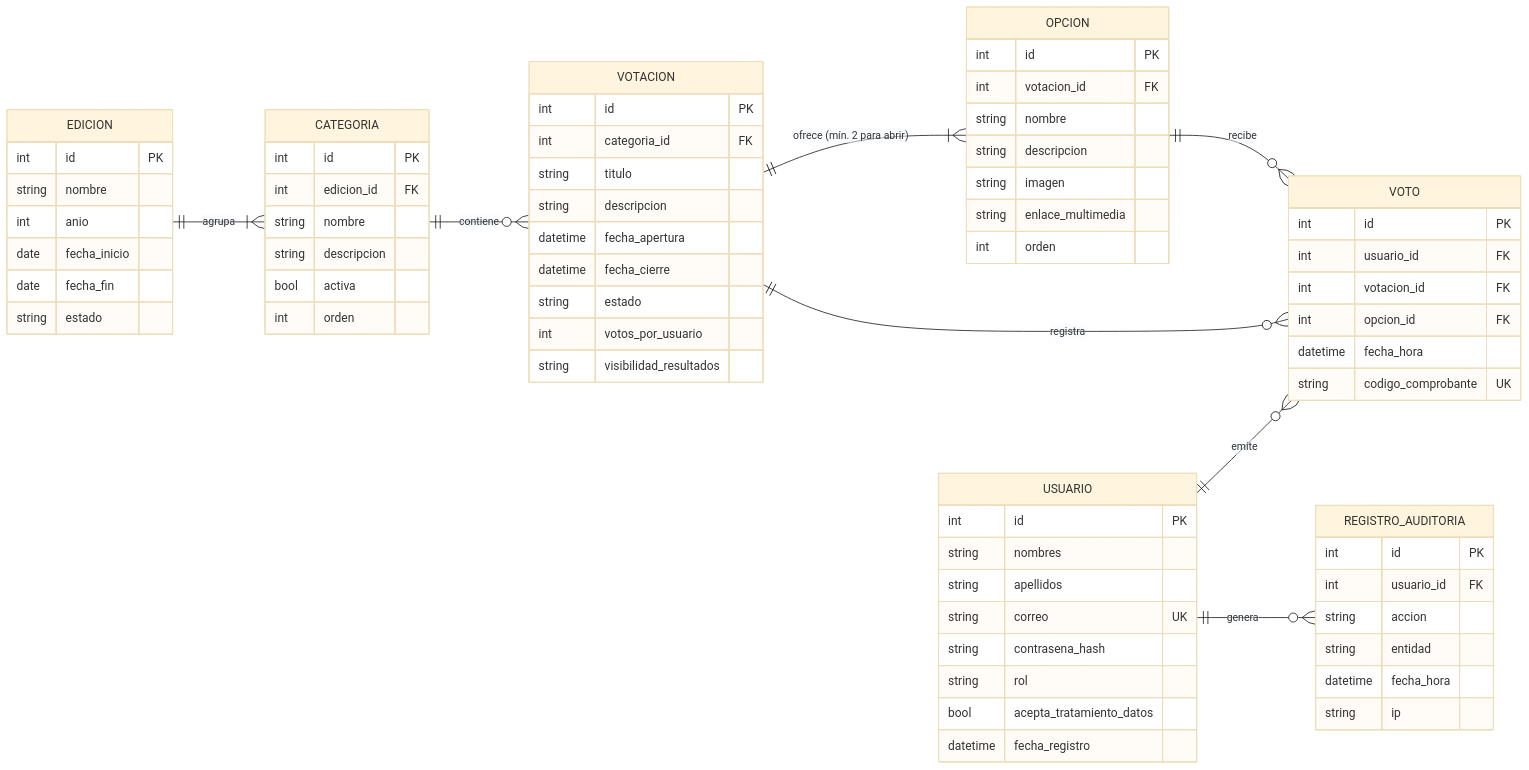
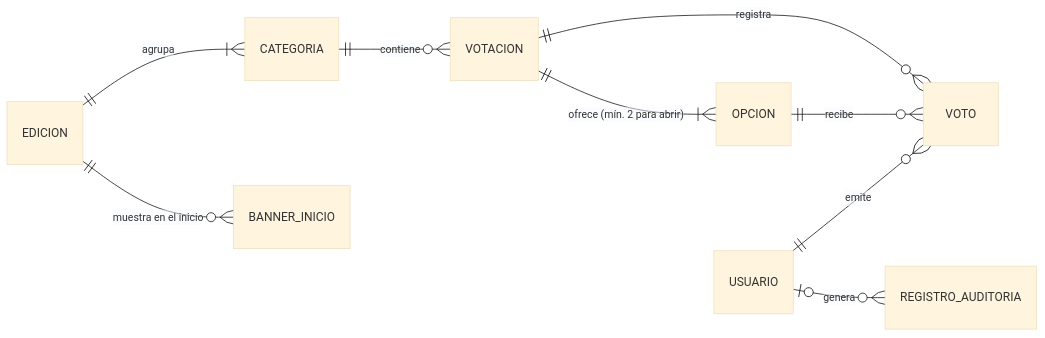
One commit to juandiegows/votaciones-festival-vallenato changed the diagram in docs/diagramas/datos/modelo-conceptual.mmd. Above: the diagram before and after it, drawn with Mermaid (base theme). The commit also changed 1 other file, not shown here.

```diff
--- a/docs/diagramas/datos/modelo-conceptual.mmd
+++ b/docs/diagramas/datos/modelo-conceptual.mmd
@@ -1,71 +1,10 @@
 erDiagram
     direction LR
     EDICION ||--|{ CATEGORIA : "agrupa"
+    EDICION ||--o{ BANNER_INICIO : "muestra en el inicio"
     CATEGORIA ||--o{ VOTACION : "contiene"
     VOTACION ||--|{ OPCION : "ofrece (mín. 2 para abrir)"
+    VOTACION ||--o{ VOTO : "registra"
     OPCION ||--o{ VOTO : "recibe"
-    VOTACION ||--o{ VOTO : "registra"
     USUARIO ||--o{ VOTO : "emite"
-    USUARIO ||--o{ REGISTRO_AUDITORIA : "genera"
-    EDICION {
-        int id PK
-        string nombre
-        int anio
-        date fecha_inicio
-        date fecha_fin
-        string estado
-    }
-    CATEGORIA {
-        int id PK
-        int edicion_id FK
-        string nombre
-        string descripcion
-        bool activa
-        int orden
-    }
-    VOTACION {
-        int id PK
-        int categoria_id FK
-        string titulo
-        string descripcion
-        datetime fecha_apertura
-        datetime fecha_cierre
-        string estado
-        int votos_por_usuario
-        string visibilidad_resultados
-    }
-    OPCION {
-        int id PK
-        int votacion_id FK
-        string nombre
-        string descripcion
-        string imagen
-        string enlace_multimedia
-        int orden
-    }
-    USUARIO {
-        int id PK
-        string nombres
-        string apellidos
-        string correo UK
-        string contrasena_hash
-        string rol
-        bool acepta_tratamiento_datos
-        datetime fecha_registro
-    }
-    VOTO {
-        int id PK
-        int usuario_id FK
-        int votacion_id FK
-        int opcion_id FK
-        datetime fecha_hora
-        string codigo_comprobante UK
-    }
-    REGISTRO_AUDITORIA {
-        int id PK
-        int usuario_id FK
-        string accion
-        string entidad
-        datetime fecha_hora
-        string ip
-    }
+    USUARIO |o--o{ REGISTRO_AUDITORIA : "genera"
```
